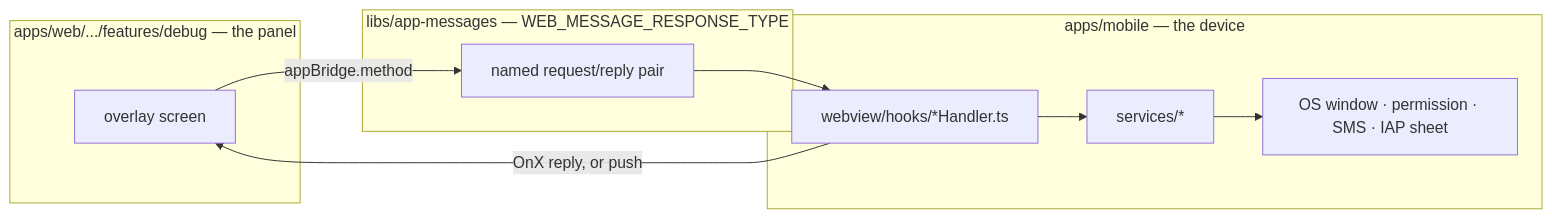
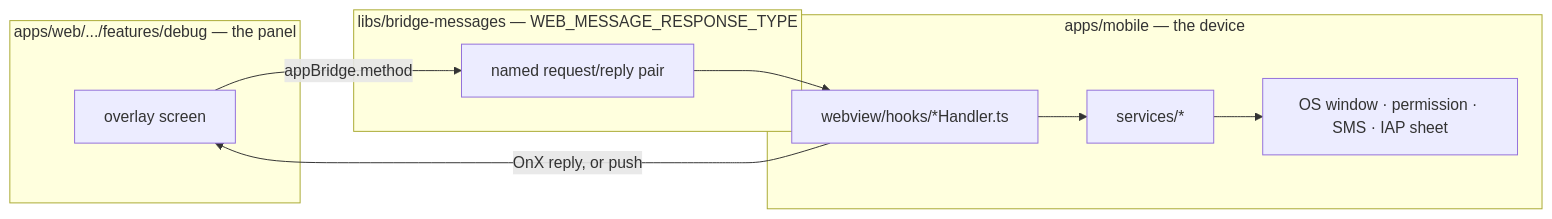
The diagram in apps/web/docs/observability/debug-panel.md (lemoncloud-io/dou-app), drawn with Mermaid before and after one commit. The commit also changed other lines of this file and 313 other files, not shown here.

First line of the commit message:
refactor(bridge-messages): rename @chatic/app-messages to @chatic/bridge-messages

````diff
--- a/apps/web/docs/observability/debug-panel.md
+++ b/apps/web/docs/observability/debug-panel.md
@@ -31,16 +31,16 @@
 ```mermaid
 flowchart LR
     subgraph WEB["apps/web/.../features/debug — the panel"]
         SCR["overlay screen"]
     end
-    subgraph CONTRACT["libs/app-messages — WEB_MESSAGE_RESPONSE_TYPE"]
+    subgraph CONTRACT["libs/bridge-messages — WEB_MESSAGE_RESPONSE_TYPE"]
         REQ["named request/reply pair"]
     end
     subgraph MOBILE["apps/mobile — the device"]
         H["webview/hooks/*Handler.ts"] --> SVC["services/*"]
         SVC --> OS["OS window · permission · SMS · IAP sheet"]
     end
 
     SCR -->|appBridge.method| REQ --> H
     H -->|OnX reply, or push| SCR
 ```
````
